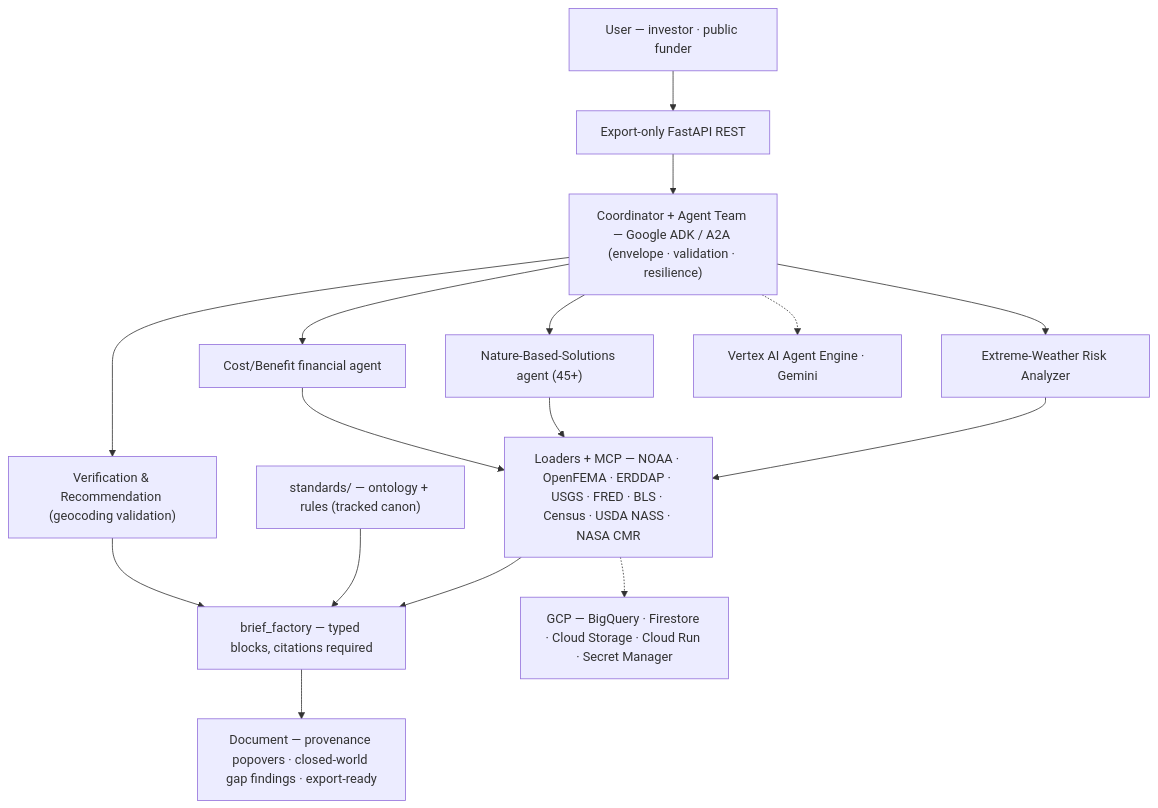
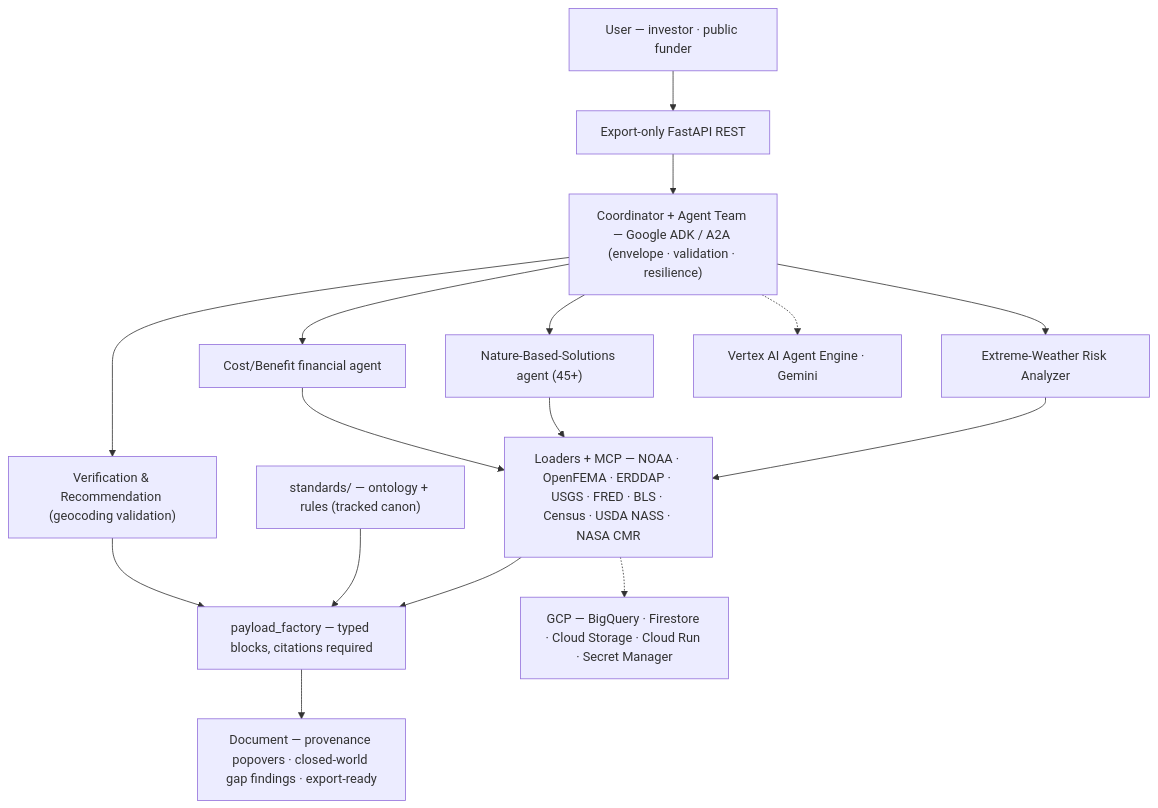
The diagram in README.md (leighanne77/MAS_Extreme_Weather), drawn with Mermaid before and after one commit. The commit also changed other lines of this file and 55 other files, not shown here.

First line of the commit message:
Sync payload factory from upstream: three-input stamp (SIR × ecological × structure axes), bioregion crosswalk + money_path gates, export mechanism, expanded enums

````diff
--- a/README.md
+++ b/README.md
@@ -29,18 +29,18 @@
 ```mermaid
 flowchart TB
   U["User — investor · public funder"] --> W["Export-only FastAPI REST"]
   W --> C["Coordinator + Agent Team — Google ADK / A2A (envelope · validation · resilience)"]
   C --> A1["Extreme-Weather Risk Analyzer"]
   C --> A2["Nature-Based-Solutions agent (45+)"]
   C --> A3["Cost/Benefit financial agent"]
   C --> A4["Verification & Recommendation (geocoding validation)"]
   A1 --> L["Loaders + MCP — NOAA · OpenFEMA · ERDDAP · USGS · FRED · BLS · Census · USDA NASS · NASA CMR"]
   A2 --> L
   A3 --> L
-  L --> BF["brief_factory — typed blocks, citations required"]
+  L --> BF["payload_factory — typed blocks, citations required"]
   S["standards/ — ontology + rules (tracked canon)"] --> BF
   A4 --> BF
   BF --> DOC["Document — provenance popovers · closed-world gap findings · export-ready"]
   C -.-> V["Vertex AI Agent Engine · Gemini"]
   L -.-> G["GCP — BigQuery · Firestore · Cloud Storage · Cloud Run · Secret Manager"]
 ```
````
